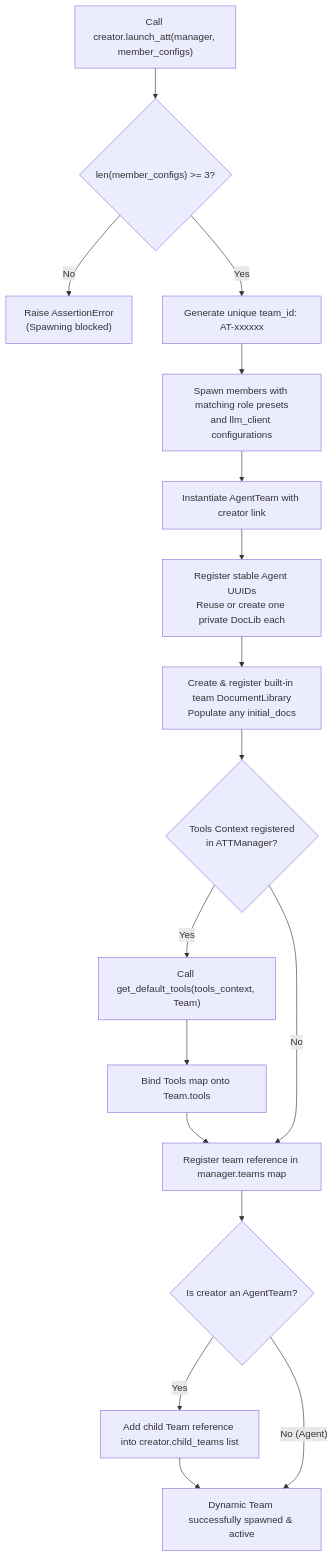
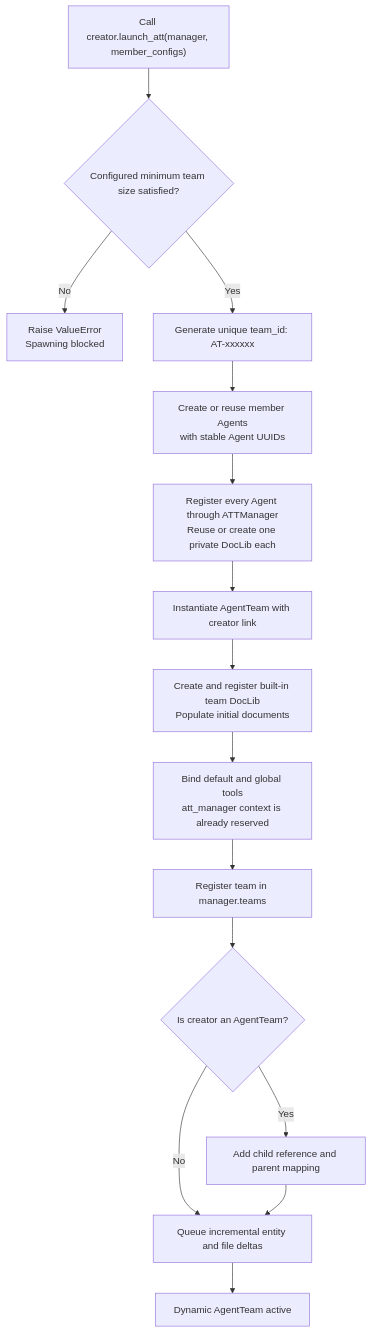
One commit to AI-Team-Team/AI-Team-Team changed the first of 6 diagrams in docs/flowcharts/Lineage_Tree_Mutations.md. Above: the diagram before and after it, drawn with Mermaid. The commit also changed other lines of this file and 32 other files, not shown here.

````diff
--- a/docs/flowcharts/Lineage_Tree_Mutations.md
+++ b/docs/flowcharts/Lineage_Tree_Mutations.md
@@ -9,29 +9,17 @@
 ```mermaid
 flowchart TD
-    Start["Call creator.launch_att(manager, member_configs)"] --> EnforceSize{"len(member_configs) >= 3?"}
-    
-    EnforceSize -- "No" --> RaiseAssert["Raise AssertionError\n(Spawning blocked)"]
+    Start["Call creator.launch_att(manager, member_configs)"] --> EnforceSize{"Configured minimum team size satisfied?"}
+    EnforceSize -- "No" --> RaiseError["Raise ValueError<br/>Spawning blocked"]
     EnforceSize -- "Yes" --> GenerateID["Generate unique team_id: AT-xxxxxx"]
-    
-    GenerateID --> SpawnMembers["Spawn members with matching role presets\nand llm_client configurations"]
-    
-    SpawnMembers --> CreateTeam["Instantiate AgentTeam with creator link"]
-    
-    CreateTeam --> RegisterAgents["Register stable Agent UUIDs\nReuse or create one private DocLib each"]
-    RegisterAgents --> CreateDocLib["Create & register built-in team DocumentLibrary\nPopulate any initial_docs"]
-    
-    CreateDocLib --> ToolsContext{"Tools Context registered\nin ATTManager?"}
-    
-    ToolsContext -- "Yes" --> GetDefaultTools["Call get_default_tools(tools_context, Team)"]
-    GetDefaultTools --> BindTools["Bind Tools map onto Team.tools"]
-    BindTools --> RegisterTeam["Register team reference in manager.teams map"]
-    
-    ToolsContext -- "No" --> RegisterTeam
-    
+    GenerateID --> SpawnMembers["Create or reuse member Agents<br/>with stable Agent UUIDs"]
+    SpawnMembers --> RegisterAgents["Register every Agent through ATTManager<br/>Reuse or create one private DocLib each"]
+    RegisterAgents --> CreateTeam["Instantiate AgentTeam with creator link"]
+    CreateTeam --> CreateDocLib["Create and register built-in team DocLib<br/>Populate initial documents"]
+    CreateDocLib --> BindTools["Bind default and global tools<br/>att_manager context is already reserved"]
+    BindTools --> RegisterTeam["Register team in manager.teams"]
     RegisterTeam --> CreatorIsTeam{"Is creator an AgentTeam?"}
-    
-    CreatorIsTeam -- "Yes" --> AddChildLink["Add child Team reference into creator.child_teams list"]
-    AddChildLink --> End["Dynamic Team successfully spawned & active"]
-    
-    CreatorIsTeam -- "No (Agent)" --> End
+    CreatorIsTeam -- "Yes" --> AddChildLink["Add child reference and parent mapping"]
+    CreatorIsTeam -- "No" --> Save["Queue incremental entity and file deltas"]
+    AddChildLink --> Save
+    Save --> End["Dynamic AgentTeam active"]
 ```
````
